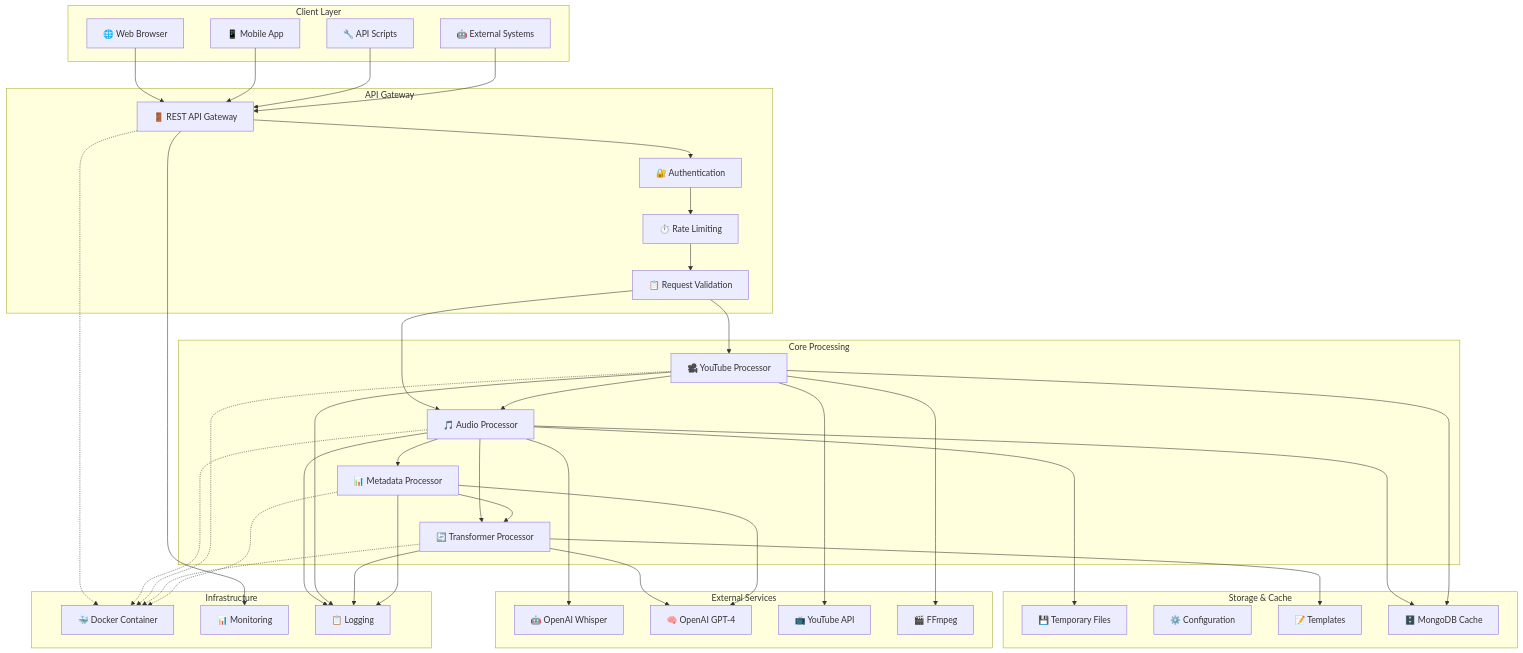
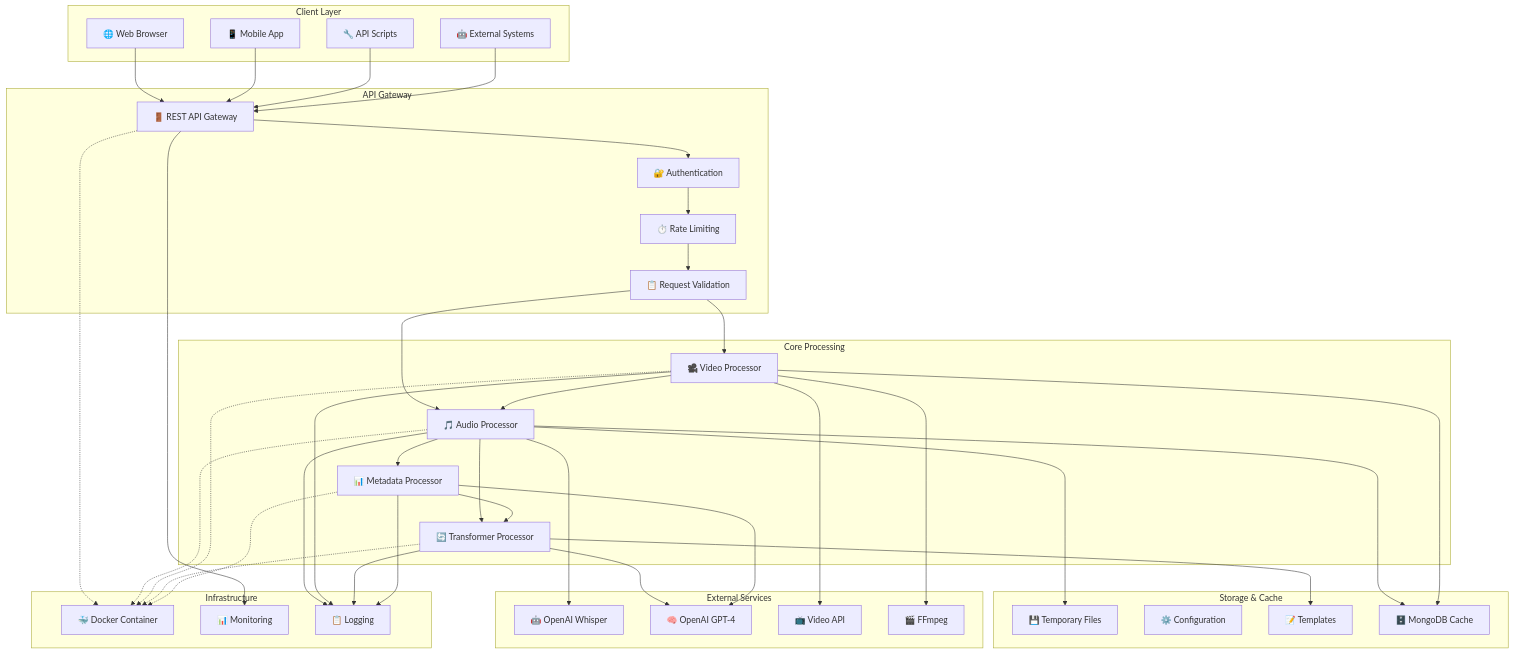
Before and after one commit to bCommonsLAB/CommonSecretaryServices: the first of 7 diagrams in docs/powerpoint/Secretary_Services_Präsentation.md, drawn with Mermaid. The commit also changed other lines of this file and 1 other file, not shown here.

```diff
--- a/docs/powerpoint/Secretary_Services_Präsentation.md
+++ b/docs/powerpoint/Secretary_Services_Präsentation.md
@@ -73,7 +73,7 @@
     
     subgraph "Core Processing"
         I["🎵 Audio Processor"]
-        J["🎥 YouTube Processor"]
+        J["🎥 Video Processor"]
         K["🔄 Transformer Processor"]
         L["📊 Metadata Processor"]
     end
@@ -88,7 +88,7 @@
     subgraph "External Services"
         Q["🤖 OpenAI Whisper"]
         R["🧠 OpenAI GPT-4"]
-        S["📺 YouTube API"]
+        S["📺 Video API"]
         T["🎬 FFmpeg"]
     end
     
```
